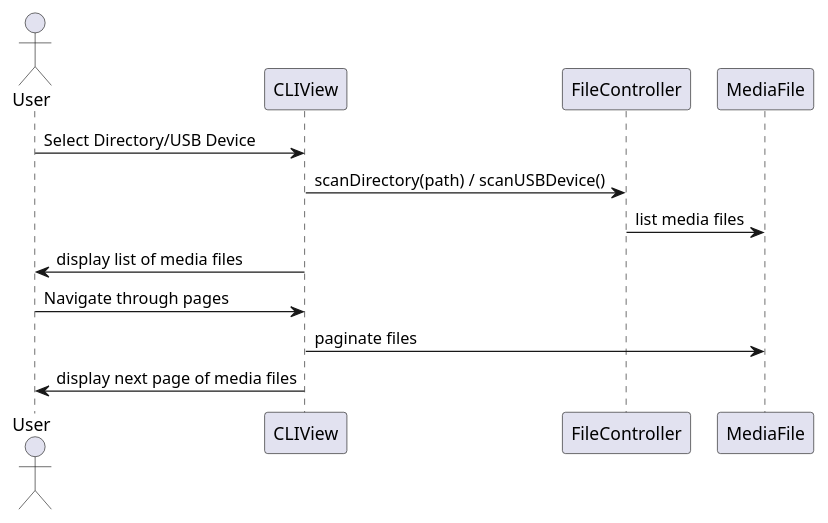
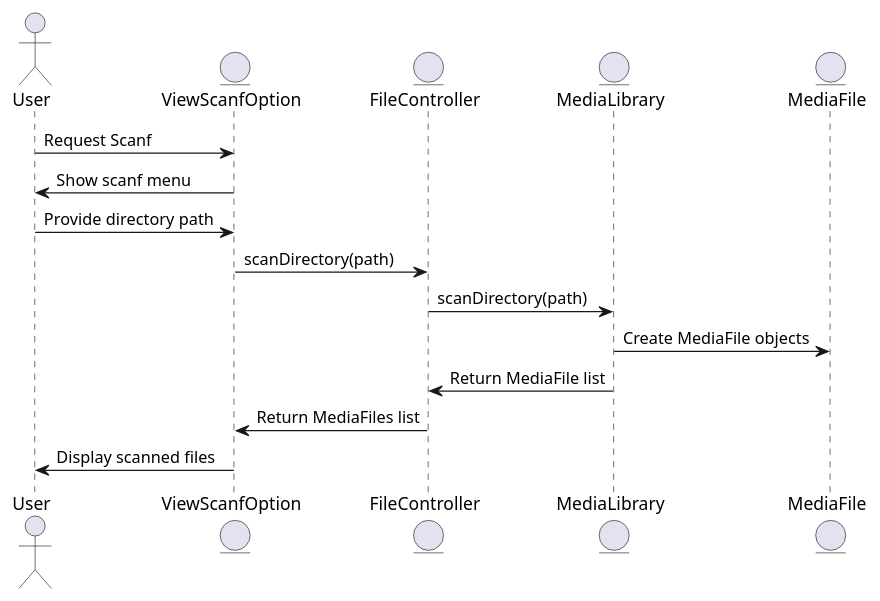
One commit to Weizy-NTT/Spotify-rep-1-1 changed the first of 2 diagrams in Docs/Usecase1/Usecase1.plantuml. Above: the diagram before and after it, drawn with PlantUML. The commit also changed other lines of this file and 25 other files, not shown here.

```diff
--- a/Docs/Usecase1/Usecase1.plantuml
+++ b/Docs/Usecase1/Usecase1.plantuml
@@ -1,14 +1,17 @@
-@startuml View Media Files
+@startuml ScanMediaFilesFromDirectory
 actor User
-participant CLIView
-participant FileController
-participant MediaFile
+entity ViewScanfOption
+entity FileController
+entity MediaLibrary
+entity MediaFile
 
-User -> CLIView : Select Directory/USB Device
-CLIView -> FileController : scanDirectory(path) / scanUSBDevice()
-FileController -> MediaFile : list media files
-CLIView -> User : display list of media files
-User -> CLIView : Navigate through pages
-CLIView -> MediaFile : paginate files
-CLIView -> User : display next page of media files
+User -> ViewScanfOption: Request Scanf
+ViewScanfOption -> User: Show scanf menu
+User -> ViewScanfOption: Provide directory path
+ViewScanfOption -> FileController: scanDirectory(path)
+FileController -> MediaLibrary: scanDirectory(path)
+MediaLibrary -> MediaFile: Create MediaFile objects
+MediaLibrary -> FileController: Return MediaFile list
+FileController -> ViewScanfOption: Return MediaFiles list
+ViewScanfOption -> User: Display scanned files
 @enduml
```
